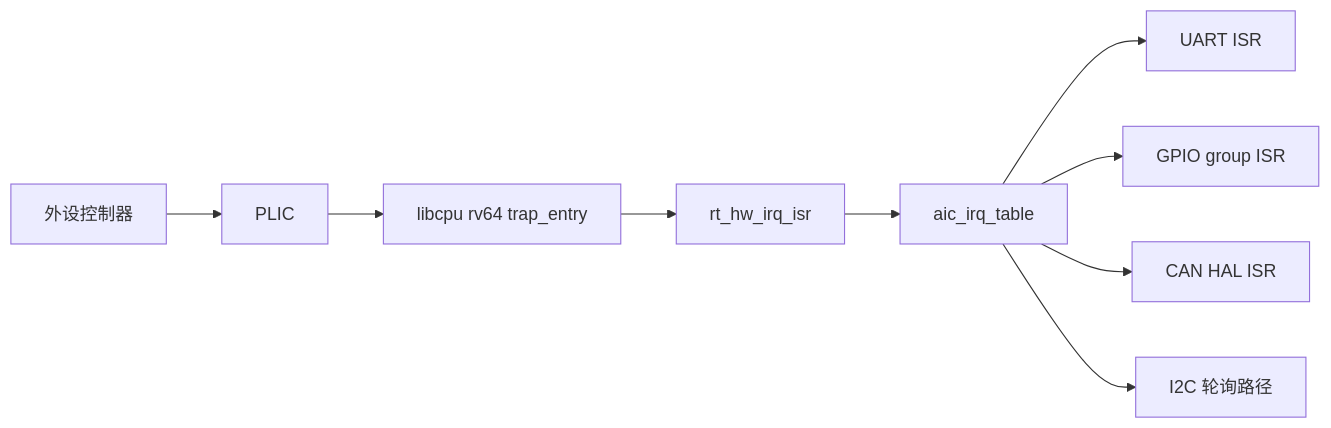
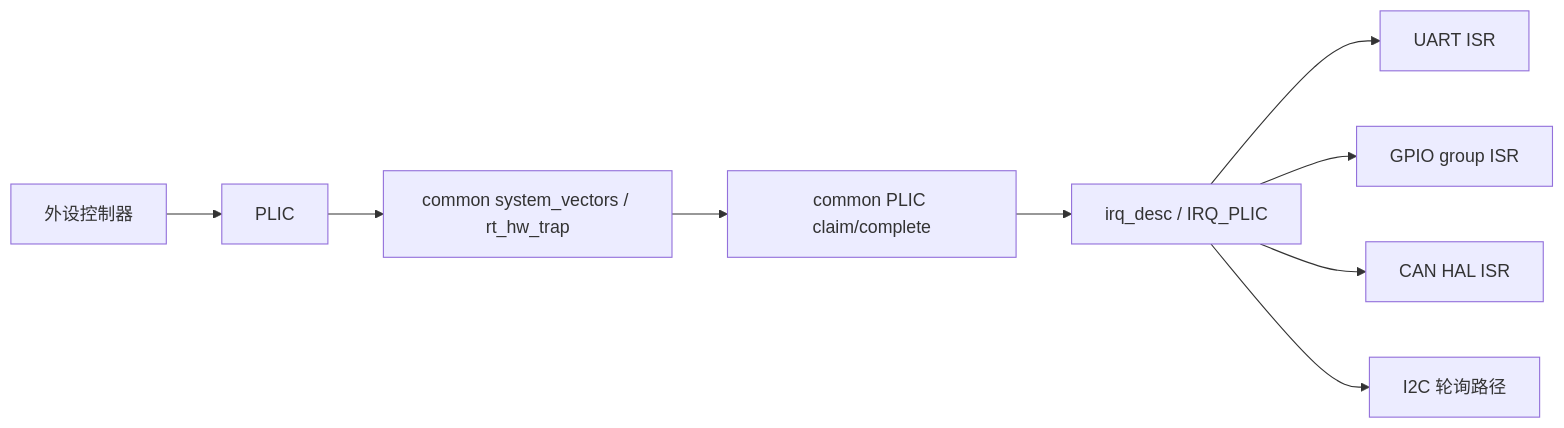
The fourth of 5 diagrams in bsp/artinchip/d213-demo128-nand/docs/02-architecture.md (boa-z/rt-thread), drawn with Mermaid before and after one commit. The commit also changed other lines of this file and 26 other files, not shown here.

````diff
--- a/bsp/artinchip/d213-demo128-nand/docs/02-architecture.md
+++ b/bsp/artinchip/d213-demo128-nand/docs/02-architecture.md
@@ -111,11 +111,11 @@
 ```mermaid
 flowchart LR
     DEV[外设控制器] --> PLIC[PLIC]
-    PLIC --> TRAP[libcpu rv64 trap_entry]
-    TRAP --> ISR[rt_hw_irq_isr]
-    ISR --> TABLE[aic_irq_table]
+    PLIC --> TRAP[common system_vectors / rt_hw_trap]
+    TRAP --> ISR[common PLIC claim/complete]
+    ISR --> TABLE[irq_desc / IRQ_PLIC]
     TABLE --> UART[UART ISR]
     TABLE --> GPIO[GPIO group ISR]
     TABLE --> CAN[CAN HAL ISR]
     TABLE --> I2C[I2C 轮询路径]
 ```
````
